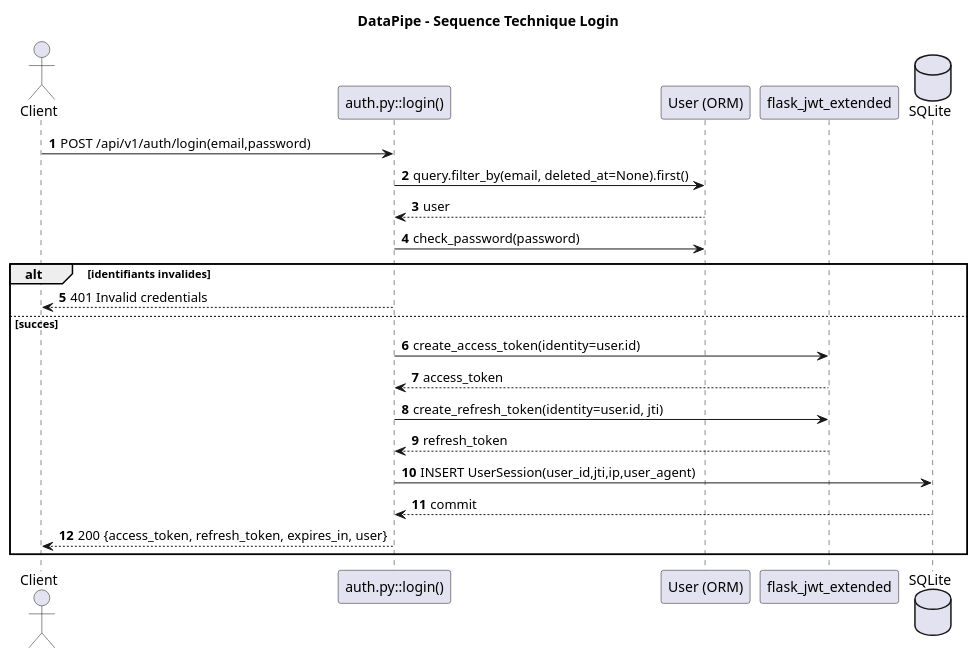
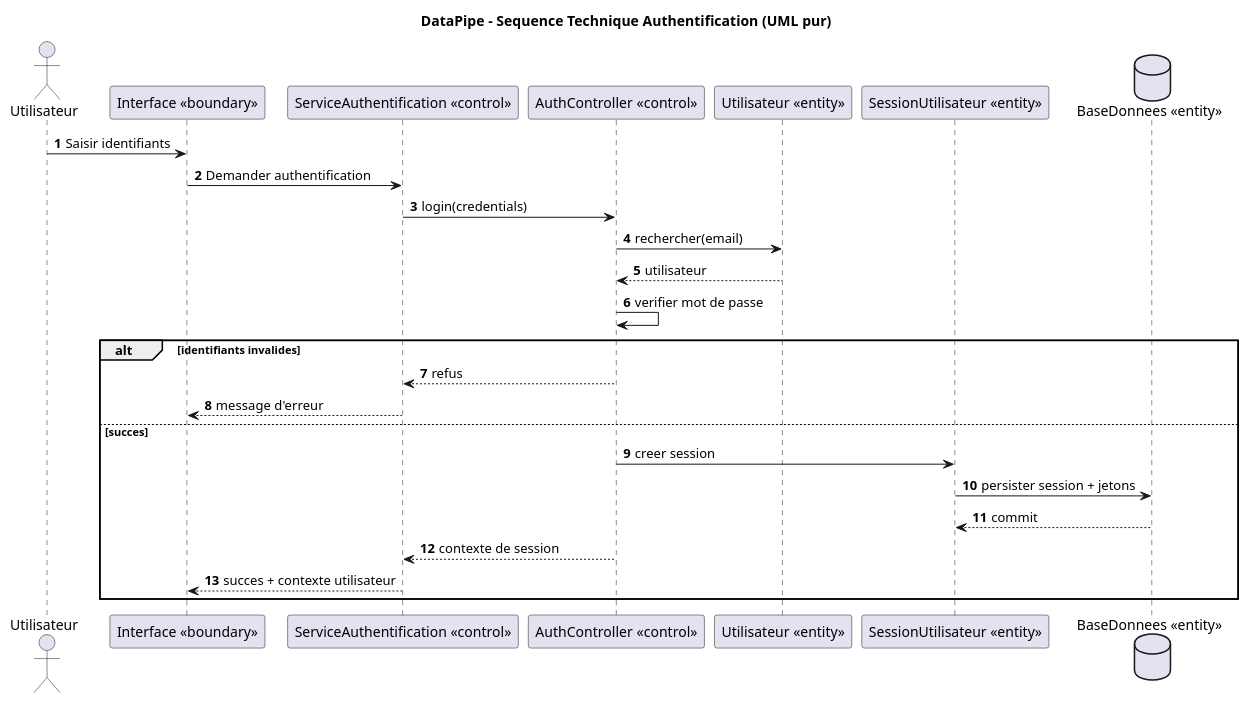
The diagram in conception/01_sequence_auth_login.puml (Delmat237/DataPipe---ETL-Visuel-pour-Pipelines-Bancaires), drawn with PlantUML before and after one commit. The commit also changed 11 other files, not shown here.

First line of the commit message:
docs: refondre la modélisation UML en vue système

```diff
--- a/conception/01_sequence_auth_login.puml
+++ b/conception/01_sequence_auth_login.puml
@@ -1,28 +1,31 @@
 @startuml
-title DataPipe - Sequence Technique Login
+title DataPipe - Sequence Technique Authentification (UML pur)
 autonumber
 skinparam shadowing false
 
-actor Client
-participant "auth.py::login()" as Login
-participant "User (ORM)" as User
-participant "flask_jwt_extended" as JWT
-database "SQLite" as DB
+actor "Utilisateur" as U
+participant "Interface <<boundary>>" as IHM
+participant "ServiceAuthentification <<control>>" as Service
+participant "AuthController <<control>>" as Ctrl
+participant "Utilisateur <<entity>>" as User
+participant "SessionUtilisateur <<entity>>" as Session
+database "BaseDonnees <<entity>>" as DB
 
-Client -> Login : POST /api/v1/auth/login(email,password)
-Login -> User : query.filter_by(email, deleted_at=None).first()
-User --> Login : user
-Login -> User : check_password(password)
+U -> IHM : Saisir identifiants
+IHM -> Service : Demander authentification
+Service -> Ctrl : login(credentials)
+Ctrl -> User : rechercher(email)
+User --> Ctrl : utilisateur
+Ctrl -> Ctrl : verifier mot de passe
 alt identifiants invalides
-  Login --> Client : 401 Invalid credentials
+  Ctrl --> Service : refus
+  Service --> IHM : message d'erreur
 else succes
-  Login -> JWT : create_access_token(identity=user.id)
-  JWT --> Login : access_token
-  Login -> JWT : create_refresh_token(identity=user.id, jti)
-  JWT --> Login : refresh_token
-  Login -> DB : INSERT UserSession(user_id,jti,ip,user_agent)
-  DB --> Login : commit
-  Login --> Client : 200 {access_token, refresh_token, expires_in, user}
+  Ctrl -> Session : creer session
+  Session -> DB : persister session + jetons
+  DB --> Session : commit
+  Ctrl --> Service : contexte de session
+  Service --> IHM : succes + contexte utilisateur
 end
 
 @enduml
```
